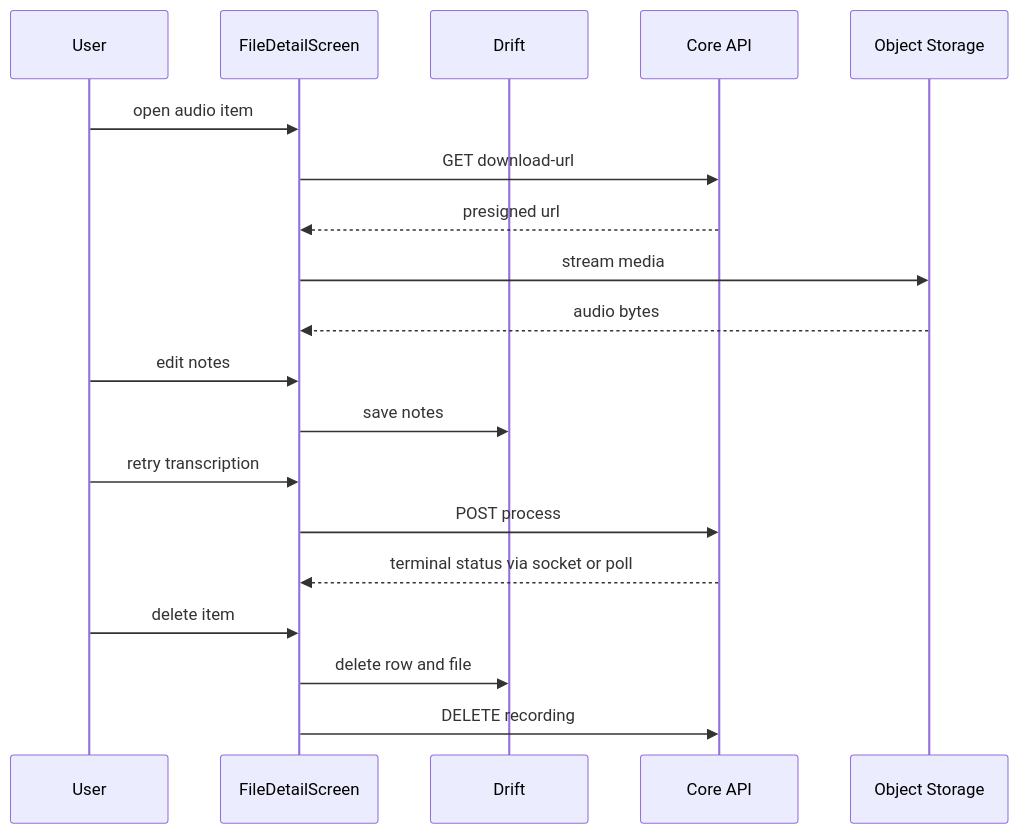
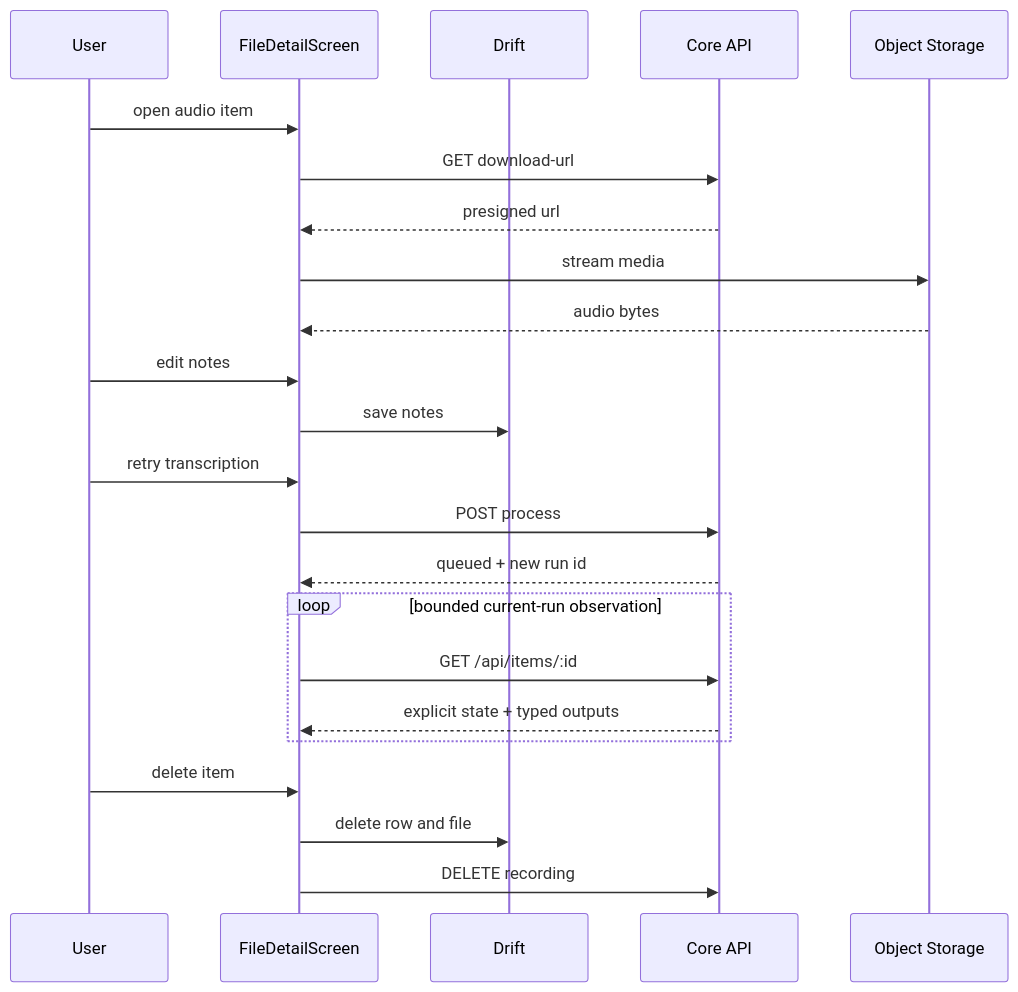
The diagram in .docs/use-cases/uc-10-read-item.md (matome-org/matome-app), drawn with Mermaid before and after one commit. The commit also changed other lines of this file and 88 other files, not shown here.

````diff
--- a/.docs/use-cases/uc-10-read-item.md
+++ b/.docs/use-cases/uc-10-read-item.md
@@ -32,21 +32,25 @@
 ```mermaid
 sequenceDiagram
   participant User
   participant Screen as FileDetailScreen
   participant Drift
   participant Core as Core API
   participant Storage as Object Storage
   User->>Screen: open audio item
   Screen->>Core: GET download-url
   Core-->>Screen: presigned url
   Screen->>Storage: stream media
   Storage-->>Screen: audio bytes
   User->>Screen: edit notes
   Screen->>Drift: save notes
   User->>Screen: retry transcription
   Screen->>Core: POST process
-  Core-->>Screen: terminal status via socket or poll
+  Core-->>Screen: queued + new run id
+  loop bounded current-run observation
+    Screen->>Core: GET /api/items/:id
+    Core-->>Screen: explicit state + typed outputs
+  end
   User->>Screen: delete item
   Screen->>Drift: delete row and file
   Screen->>Core: DELETE recording
 ```
````
